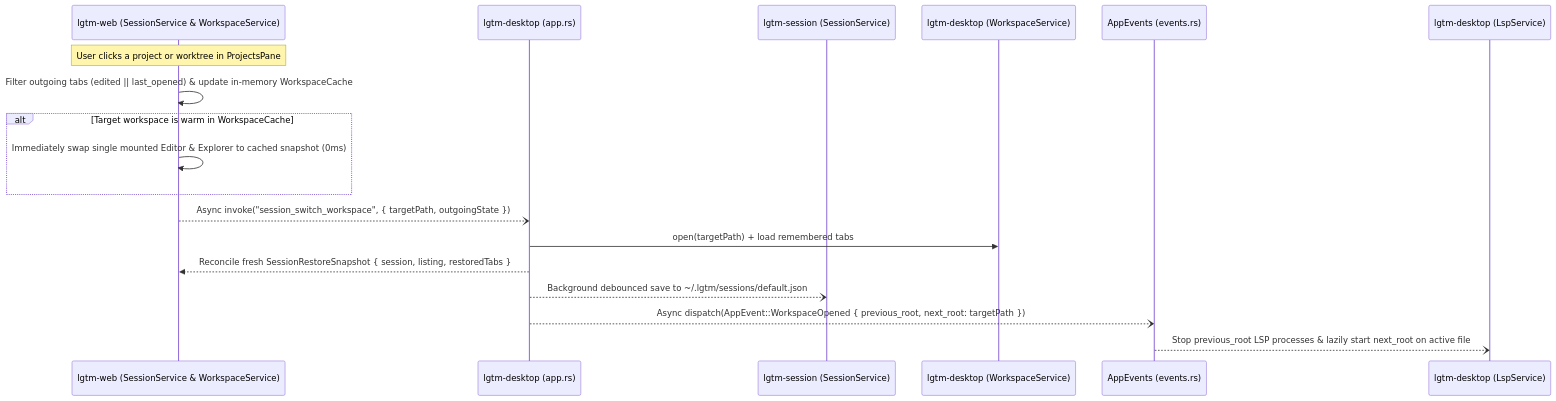
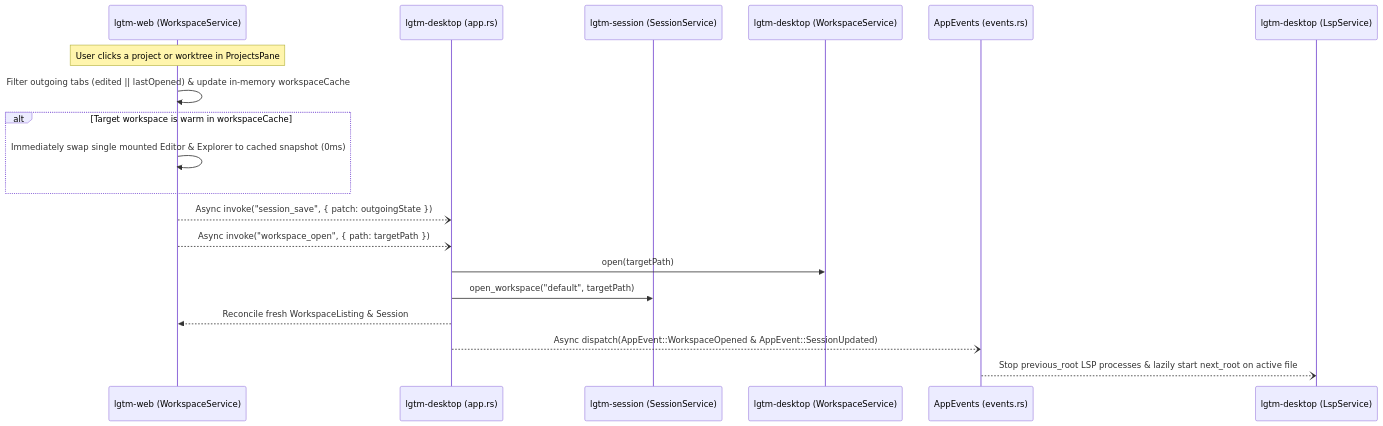
One commit to difflab-io/lgtm changed the third of 5 diagrams in docs/architecture/desktop/projects.md. Above: the diagram before and after it, drawn with Mermaid. The commit also changed other lines of this file and 33 other files, not shown here.

````diff
--- a/docs/architecture/desktop/projects.md
+++ b/docs/architecture/desktop/projects.md
@@ -108,21 +108,22 @@
 ```mermaid
 sequenceDiagram
-    participant UI as lgtm-web (SessionService & WorkspaceService)
+    participant UI as lgtm-web (WorkspaceService)
     participant Host as lgtm-desktop (app.rs)
     participant Sess as lgtm-session (SessionService)
     participant Ws as lgtm-desktop (WorkspaceService)
     participant Bus as AppEvents (events.rs)
     participant Lsp as lgtm-desktop (LspService)
 
     Note over UI: User clicks a project or worktree in ProjectsPane
-    UI->>UI: Filter outgoing tabs (edited || last_opened) & update in-memory WorkspaceCache
-    alt Target workspace is warm in WorkspaceCache
+    UI->>UI: Filter outgoing tabs (edited || lastOpened) & update in-memory workspaceCache
+    alt Target workspace is warm in workspaceCache
         UI->>UI: Immediately swap single mounted Editor & Explorer to cached snapshot (0ms)
     end
-    UI--)Host: Async invoke("session_switch_workspace", { targetPath, outgoingState })
-    Host->>Ws: open(targetPath) + load remembered tabs
-    Host-->>UI: Reconcile fresh SessionRestoreSnapshot { session, listing, restoredTabs }
-    Host--)Sess: Background debounced save to ~/.lgtm/sessions/default.json
-    Host--)Bus: Async dispatch(AppEvent::WorkspaceOpened { previous_root, next_root: targetPath })
+    UI--)Host: Async invoke("session_save", { patch: outgoingState })
+    UI--)Host: Async invoke("workspace_open", { path: targetPath })
+    Host->>Ws: open(targetPath)
+    Host->>Sess: open_workspace("default", targetPath)
+    Host-->>UI: Reconcile fresh WorkspaceListing & Session
+    Host--)Bus: Async dispatch(AppEvent::WorkspaceOpened & AppEvent::SessionUpdated)
     Bus--)Lsp: Stop previous_root LSP processes & lazily start next_root on active file
 ```
````
